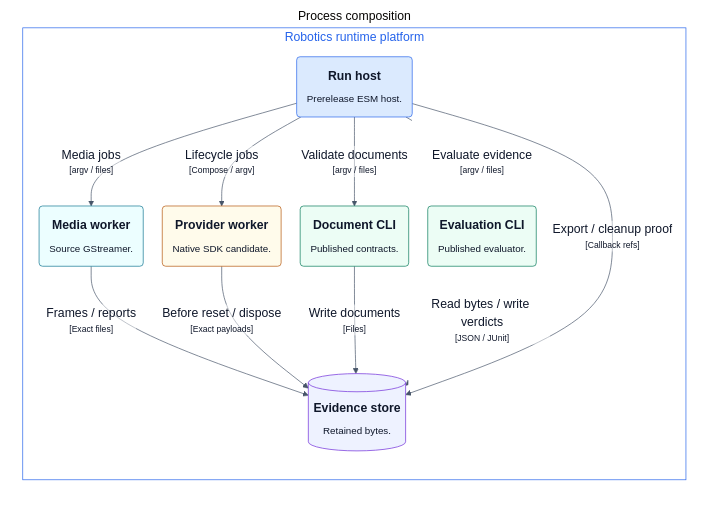
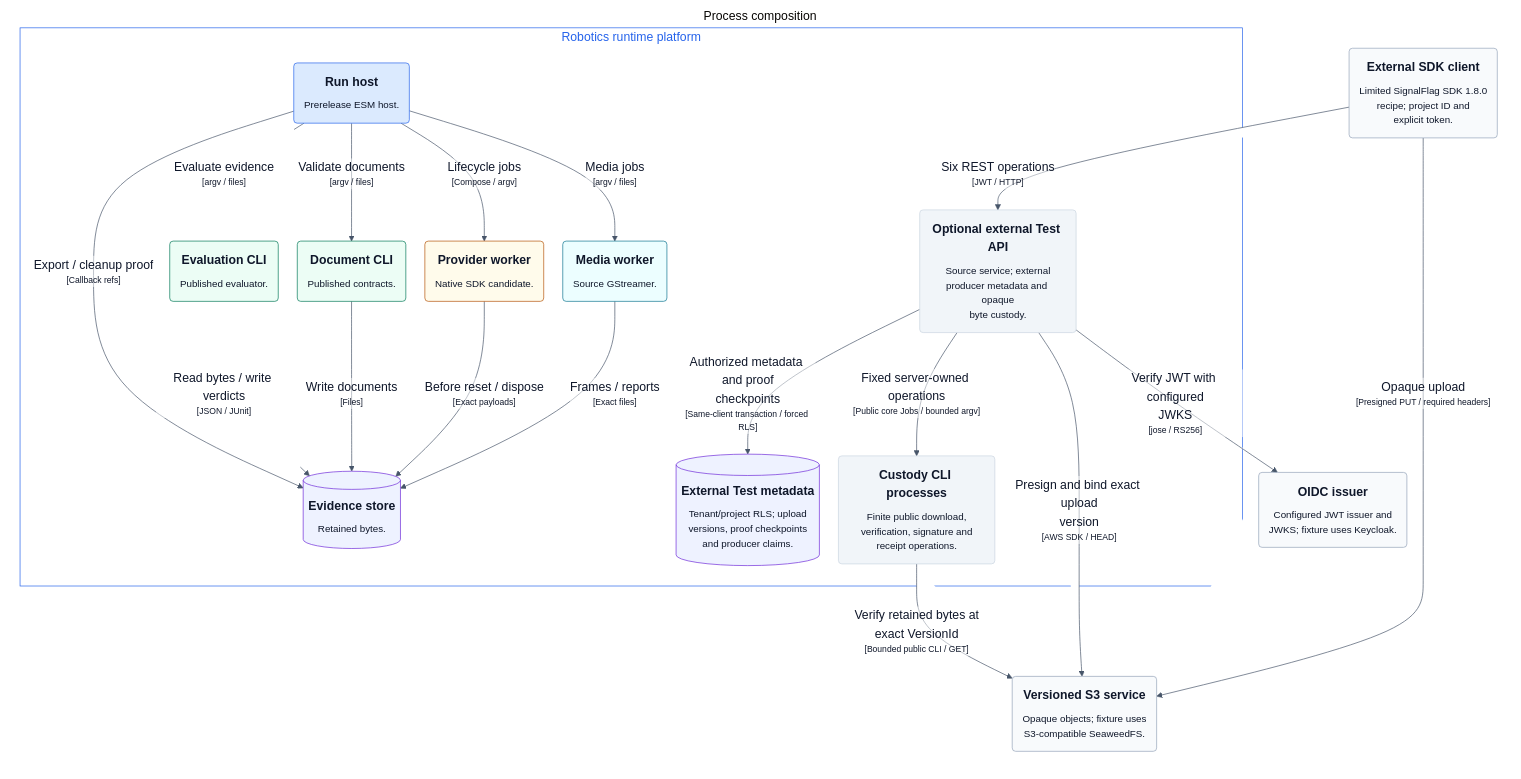
One commit to mmkolpakov/robotics-runtime changed the first of 2 diagrams in README.md. Above: the diagram before and after it, drawn with Mermaid. The commit also changed other lines of this file and 15 other files, not shown here.

Commit message:
Document the limited external Test API recipe

````diff
--- a/README.md
+++ b/README.md
@@ -65,37 +65,57 @@
 ```mermaid
 %%{init: {"theme":"base","themeVariables":{"fontFamily":"Arial, Segoe UI, sans-serif","fontSize":"18px","primaryTextColor":"#0f172a","lineColor":"#475569","edgeLabelBackground":"#ffffff","clusterBkg":"#f8fafc","clusterBorder":"#94a3b8","primaryColor":"#eff6ff","primaryBorderColor":"#64748b","secondaryColor":"#f1f5f9","tertiaryColor":"#f8fafc","noteBkgColor":"#fff7ed","noteBorderColor":"#b45309","noteTextColor":"#0f172a"},"flowchart":{"curve":"basis","htmlLabels":true,"nodeSpacing":28,"rankSpacing":35,"useMaxWidth":false},"sequence":{"useMaxWidth":false,"actorMargin":35,"width":165,"wrap":true,"noteMargin":10},"state":{"useMaxWidth":false}}}%%
 graph LR
   linkStyle default fill:#ffffff
 
   subgraph diagram ["Process composition"]
     style diagram fill:#ffffff,stroke:#ffffff
+
+    17("<div style='font-weight: bold'>External SDK client</div><div style='font-size: 80%; margin-top:10px'>Limited SignalFlag SDK 1.8.0<br />recipe; project ID and<br />explicit token.</div>")
+    style 17 fill:#f8fafc,stroke:#94a3b8,color:#0f172a
+    18("<div style='font-weight: bold'>OIDC issuer</div><div style='font-size: 80%; margin-top:10px'>Configured JWT issuer and<br />JWKS; fixture uses Keycloak.</div>")
+    style 18 fill:#f8fafc,stroke:#94a3b8,color:#0f172a
+    19("<div style='font-weight: bold'>Versioned S3 service</div><div style='font-size: 80%; margin-top:10px'>Opaque objects; fixture uses<br />S3-compatible SeaweedFS.</div>")
+    style 19 fill:#f8fafc,stroke:#94a3b8,color:#0f172a
 
     subgraph 7 ["Robotics runtime platform"]
       style 7 fill:#ffffff,stroke:#2563eb,color:#2563eb
 
       10("<div style='font-weight: bold'>Evaluation CLI</div><div style='font-size: 80%; margin-top:10px'>Published evaluator.</div>")
       style 10 fill:#ecfdf5,stroke:#047857,color:#0f172a
       11("<div style='font-weight: bold'>Provider worker</div><div style='font-size: 80%; margin-top:10px'>Native SDK candidate.</div>")
       style 11 fill:#fffbeb,stroke:#b45309,color:#0f172a
       12("<div style='font-weight: bold'>Media worker</div><div style='font-size: 80%; margin-top:10px'>Source GStreamer.</div>")
       style 12 fill:#ecfeff,stroke:#0e7490,color:#0f172a
       13[("<div style='font-weight: bold'>Evidence store</div><div style='font-size: 80%; margin-top:10px'>Retained bytes.</div>")]
       style 13 fill:#eef2ff,stroke:#6d28d9,color:#0f172a
+      14("<div style='font-weight: bold'>Optional external Test API</div><div style='font-size: 80%; margin-top:10px'>Source service; external<br />producer metadata and opaque<br />byte custody.</div>")
+      style 14 fill:#f1f5f9,stroke:#cbd5e1,color:#0f172a
+      15[("<div style='font-weight: bold'>External Test metadata</div><div style='font-size: 80%; margin-top:10px'>Tenant/project RLS; upload<br />versions, proof checkpoints<br />and producer claims.</div>")]
+      style 15 fill:#eef2ff,stroke:#6d28d9,color:#0f172a
+      16("<div style='font-weight: bold'>Custody CLI processes</div><div style='font-size: 80%; margin-top:10px'>Finite public download,<br />verification, signature and<br />receipt operations.</div>")
+      style 16 fill:#f1f5f9,stroke:#cbd5e1,color:#0f172a
       8("<div style='font-weight: bold'>Run host</div><div style='font-size: 80%; margin-top:10px'>Prerelease ESM host.</div>")
       style 8 fill:#dbeafe,stroke:#2563eb,color:#0f172a
       9("<div style='font-weight: bold'>Document CLI</div><div style='font-size: 80%; margin-top:10px'>Published contracts.</div>")
       style 9 fill:#ecfdf5,stroke:#047857,color:#0f172a
     end
 
     8-- "<div>Validate documents</div><div style='font-size: 70%'>[argv / files]</div>" -->9
     8-- "<div>Evaluate evidence</div><div style='font-size: 70%'>[argv / files]</div>" -->10
     8-- "<div>Lifecycle jobs</div><div style='font-size: 70%'>[Compose / argv]</div>" -->11
     8-- "<div>Media jobs</div><div style='font-size: 70%'>[argv / files]</div>" -->12
     12-- "<div>Frames / reports</div><div style='font-size: 70%'>[Exact files]</div>" -->13
     11-- "<div>Before reset / dispose</div><div style='font-size: 70%'>[Exact payloads]</div>" -->13
     9-- "<div>Write documents</div><div style='font-size: 70%'>[Files]</div>" -->13
     10-- "<div>Read bytes / write verdicts</div><div style='font-size: 70%'>[JSON / JUnit]</div>" -->13
     8-- "<div>Export / cleanup proof</div><div style='font-size: 70%'>[Callback refs]</div>" -->13
+    17-- "<div>Six REST operations</div><div style='font-size: 70%'>[JWT / HTTP]</div>" -->14
+    17-- "<div>Opaque upload</div><div style='font-size: 70%'>[Presigned PUT / required headers]</div>" -->19
+    14-- "<div>Verify JWT with configured<br />JWKS</div><div style='font-size: 70%'>[jose / RS256]</div>" -->18
+    14-- "<div>Authorized metadata and proof<br />checkpoints</div><div style='font-size: 70%'>[Same-client transaction / forced RLS]</div>" -->15
+    14-- "<div>Presign and bind exact upload<br />version</div><div style='font-size: 70%'>[AWS SDK / HEAD]</div>" -->19
+    14-- "<div>Fixed server-owned operations</div><div style='font-size: 70%'>[Public core Jobs / bounded argv]</div>" -->16
+    16-- "<div>Verify retained bytes at<br />exact VersionId</div><div style='font-size: 70%'>[Bounded public CLI / GET]</div>" -->19
 
   end
 ```
````
